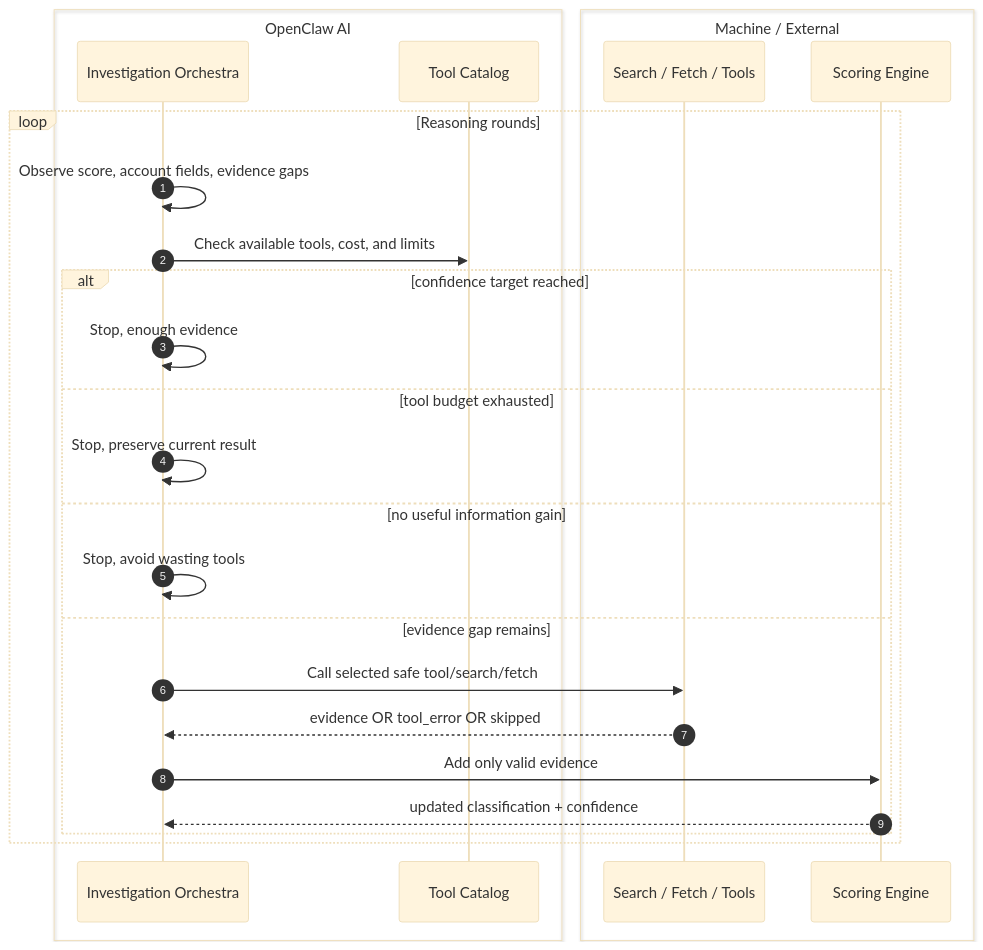
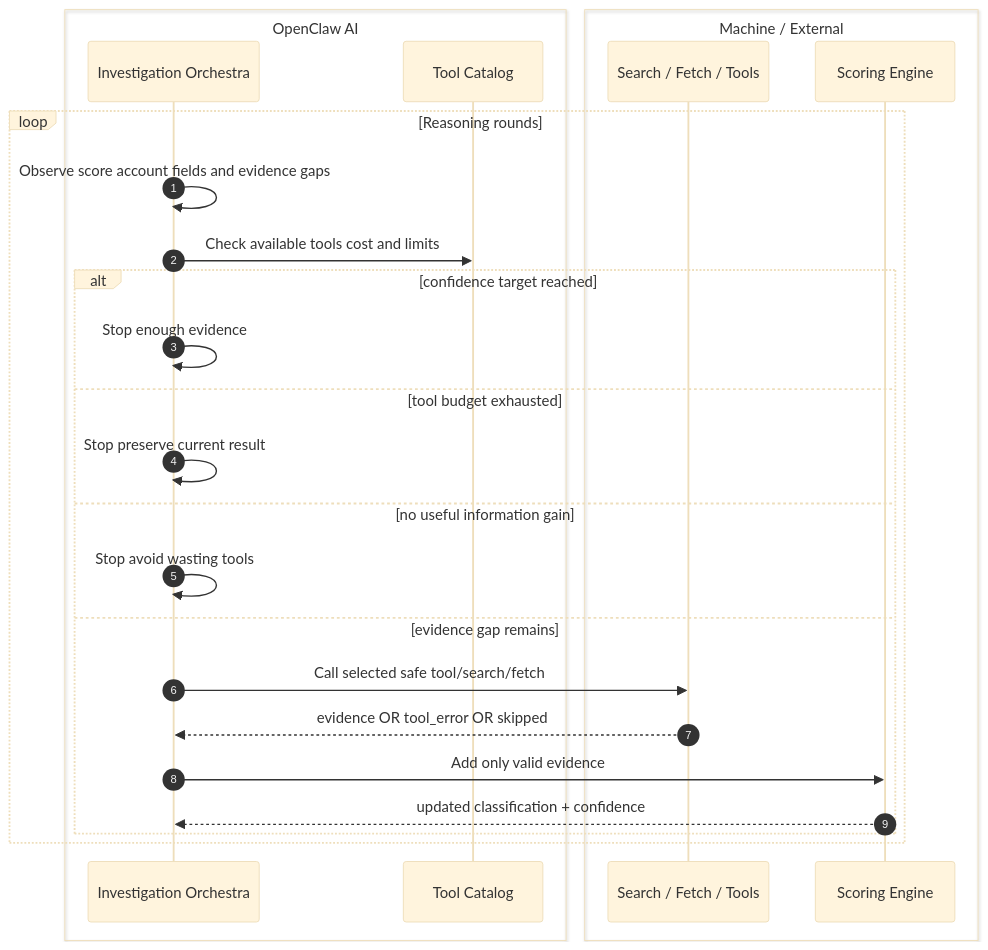
Before and after one commit to nunutech40/company-detector-bot: the fifth of 7 diagrams in docs/technical/FLOW_MAP.md, drawn with Mermaid (base theme). The commit also changed other lines of this file, not shown here.

Commit message:
fix flow map mermaid syntax

````diff
--- a/docs/technical/FLOW_MAP.md
+++ b/docs/technical/FLOW_MAP.md
@@ -282,31 +282,31 @@
 ```mermaid
 sequenceDiagram
   autonumber
   box OpenClaw AI
     participant Orchestra as Investigation Orchestra
     participant Catalog as Tool Catalog
   end
 
   box Machine / External
     participant External as Search / Fetch / Tools
     participant Scoring as Scoring Engine
   end
 
   loop Reasoning rounds
-    Orchestra->>Orchestra: Observe score, account fields, evidence gaps
-    Orchestra->>Catalog: Check available tools, cost, and limits
+    Orchestra->>Orchestra: Observe score account fields and evidence gaps
+    Orchestra->>Catalog: Check available tools cost and limits
 
     alt confidence target reached
-      Orchestra->>Orchestra: Stop, enough evidence
+      Orchestra->>Orchestra: Stop enough evidence
     else tool budget exhausted
-      Orchestra->>Orchestra: Stop, preserve current result
+      Orchestra->>Orchestra: Stop preserve current result
     else no useful information gain
-      Orchestra->>Orchestra: Stop, avoid wasting tools
+      Orchestra->>Orchestra: Stop avoid wasting tools
     else evidence gap remains
       Orchestra->>External: Call selected safe tool/search/fetch
       External-->>Orchestra: evidence OR tool_error OR skipped
       Orchestra->>Scoring: Add only valid evidence
       Scoring-->>Orchestra: updated classification + confidence
     end
   end
 ```
````
